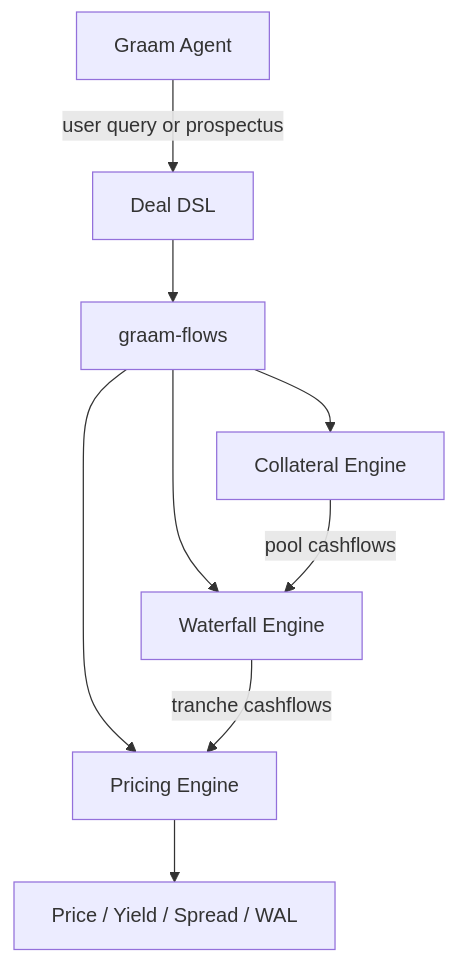
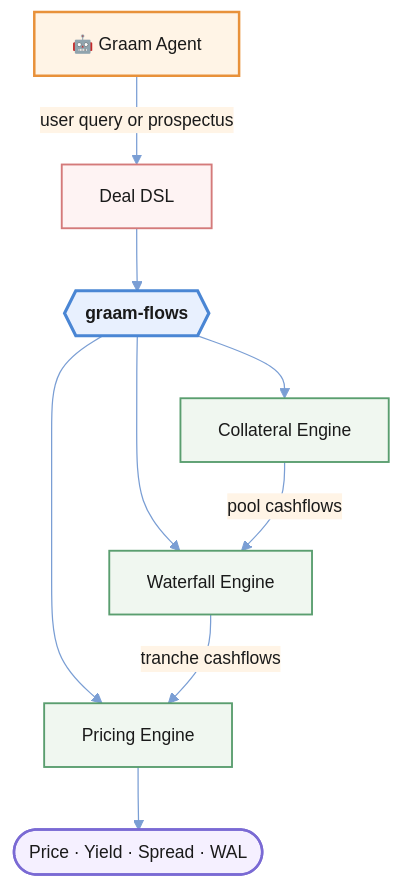
Before and after one commit to GraamOrg/graam-flows: the diagram in README.md, drawn with Mermaid. The commit also changed other lines of this file and 1 other file, not shown here.

Commit message:
Update README visuals and mermaid diagram
Reduce README logo width, remove redundant H1, and enhance the Mermaid diagram styling and nodes for improved readability. Adds Mermaid init/theme variables, emojis and classDefs for visual grouping, adjusts node labels, and updates the graam-logo.png binary.

````diff
--- a/README.md
+++ b/README.md
@@ -35,11 +33,26 @@
 ```mermaid
+%%{init: {'theme': 'base', 'themeVariables': {
+  'primaryColor': '#e8f0fe',
+  'primaryBorderColor': '#4a86d4',
+  'primaryTextColor': '#1a1a1a',
+  'lineColor': '#7a9ed4',
+  'secondaryColor': '#fff4e6',
+  'tertiaryColor': '#f0f7f0',
+  'fontSize': '14px'
+}}}%%
 graph TD
-    A["Graam Agent"] -->|user query or prospectus| B["Deal DSL"]
-    B --> C["graam-flows"]
-    C --> D["Collateral Engine"]
-    C --> E["Waterfall Engine"]
-    C --> F["Pricing Engine"]
-    D -->|pool cashflows| E
-    E -->|tranche cashflows| F
-    F --> G["Price / Yield / Spread / WAL"]
+    A["🤖 Graam Agent"]:::agent -->|"user query or prospectus"| B["Deal DSL"]:::dsl
+    B --> C{{"graam-flows"}}:::engine
+    C --> D["Collateral Engine"]:::core
+    C --> E["Waterfall Engine"]:::core
+    C --> F["Pricing Engine"]:::core
+    D -->|"pool cashflows"| E
+    E -->|"tranche cashflows"| F
+    F --> G(["Price · Yield · Spread · WAL"]):::output
+
+    classDef agent fill:#fff4e6,stroke:#e8913a,stroke-width:2px,color:#1a1a1a
+    classDef dsl fill:#fef3f3,stroke:#d47a7a,stroke-width:1.5px,color:#1a1a1a
+    classDef engine fill:#e8f0fe,stroke:#4a86d4,stroke-width:2.5px,color:#1a1a1a,font-weight:bold
+    classDef core fill:#f0f7f0,stroke:#5a9e6f,stroke-width:1.5px,color:#1a1a1a
+    classDef output fill:#f5f0ff,stroke:#7a6ad4,stroke-width:2px,color:#1a1a1a
 ```
````
